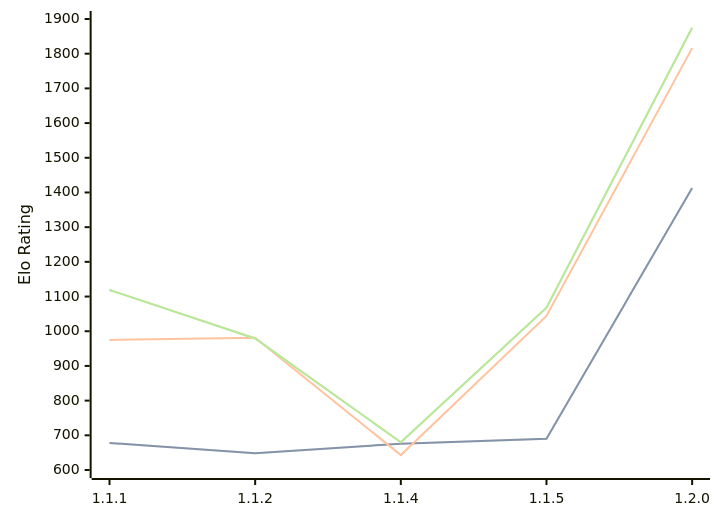
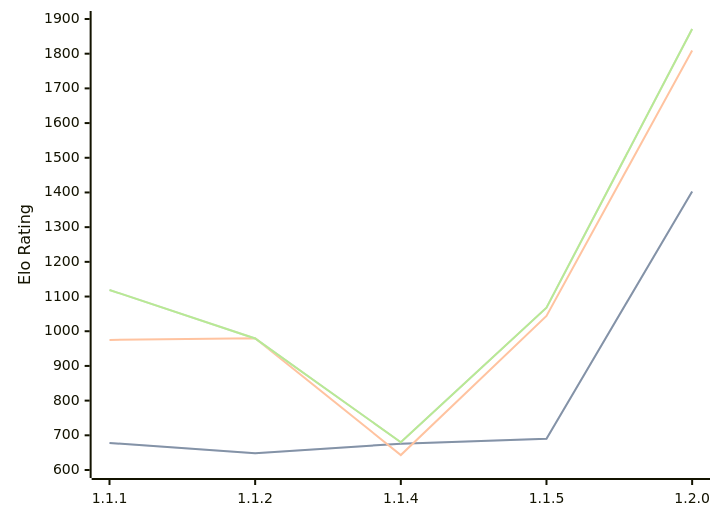
Before and after one commit to computer-chess-index/cci: the first of 3 diagrams in engines/ChessCore.md, drawn with Mermaid. The commit also changed other lines of this file, not shown here.

Commit message:
Update CCI Ratings (ELO VLTC) - 2026-07-15

````diff
--- a/engines/ChessCore.md
+++ b/engines/ChessCore.md
@@ -36,11 +36,11 @@
 ```mermaid
 %%{init: {"theme":"base","themeVariables":{"seriesColors:['#a3a3a3','#222221','#faa371']}}}%%
 xychart-beta
   x-axis ["1.1.1", "1.1.2", "1.1.4", "1.1.5", "1.2.0"]
   y-axis "Elo Rating" 600 --> 1900
-  line "STC (8.0+0.08s)" [678, 648, 676, 690, 1413]
-  line "STC (8.0+0.08s)" [678, 648, 676, 690, 1413]
-  line "LTC (60.0+0.60s)" [975, 981, 643, 1044, 1816]
-  line "VLTC (2m24s+1.12s)" [1119, 979, 680, 1068, 1875]
-  line "VLTC (2m24s+1.12s)" [1119, 979, 680, 1068, 1875]
+  line "STC (8.0+0.08s)" [678, 648, 676, 690, 1403]
+  line "STC (8.0+0.08s)" [678, 648, 676, 690, 1403]
+  line "LTC (60.0+0.60s)" [975, 980, 643, 1044, 1809]
+  line "VLTC (2m24s+1.12s)" [1119, 979, 680, 1068, 1871]
+  line "VLTC (2m24s+1.12s)" [1119, 979, 680, 1068, 1871]
 ```
````
